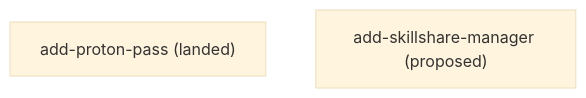
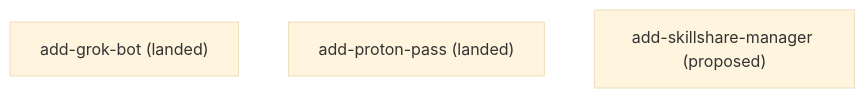
One commit to kli66/something-terrible changed the diagram in docs/roadmap.md. Above: the diagram before and after it, drawn with Mermaid (base theme). The commit also changed other lines of this file and 5 other files, not shown here.

First line of the commit message:
feat: install Grok Bot from the pinned vendor RPM

````diff
--- a/docs/roadmap.md
+++ b/docs/roadmap.md
@@ -22,5 +23,6 @@
 ```mermaid
 flowchart TD
+    add_grok_bot["add-grok-bot (landed)"]
     add_proton_pass["add-proton-pass (landed)"]
     add_skillshare_manager["add-skillshare-manager (proposed)"]
 ```
````
